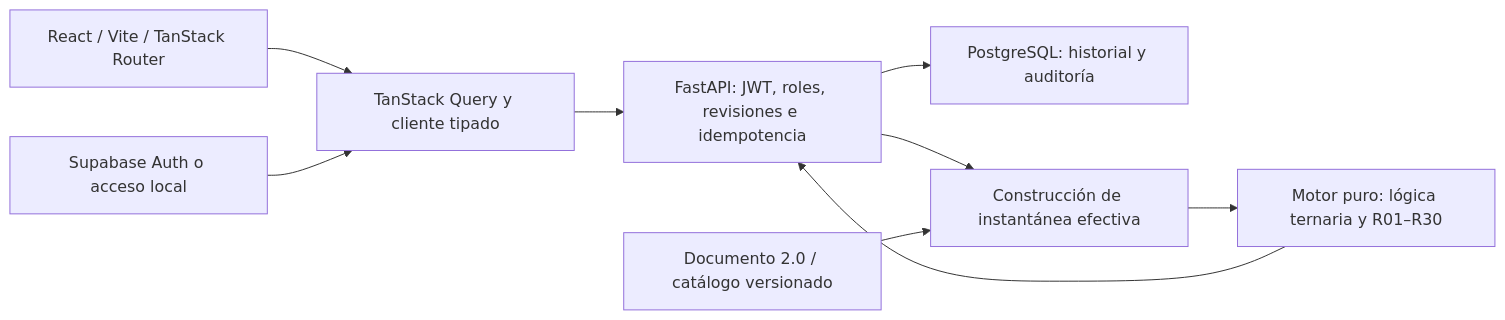
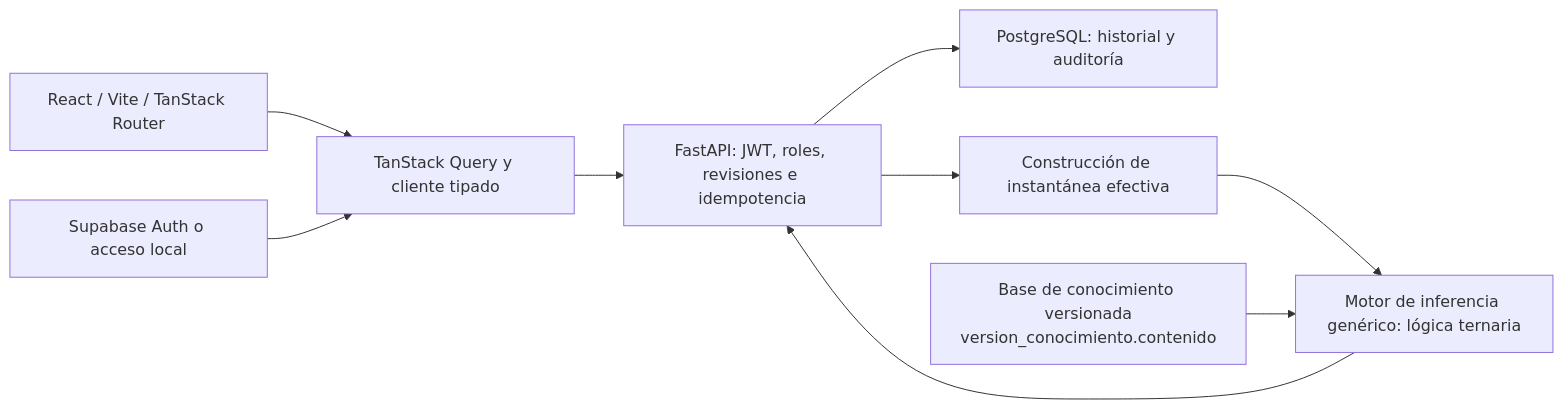
Before and after one commit to FASBELS/POSCOSEGRAN-SI: the diagram in docs/ARQUITECTURA.md, drawn with Mermaid. The commit also changed other lines of this file and 64 other files, not shown here.

````diff
--- a/docs/ARQUITECTURA.md
+++ b/docs/ARQUITECTURA.md
@@ -3,11 +7,11 @@
 ```mermaid
 flowchart LR
     U[React / Vite / TanStack Router] --> Q[TanStack Query y cliente tipado]
     Q --> A[FastAPI: JWT, roles, revisiones e idempotencia]
     S[Supabase Auth o acceso local] --> Q
     A --> P[PostgreSQL: historial y auditoría]
     A --> I[Construcción de instantánea efectiva]
-    I --> M[Motor puro: lógica ternaria y R01–R30]
+    I --> M[Motor de inferencia genérico: lógica ternaria]
     M --> A
-    K[Documento 2.0 / catálogo versionado] --> I
+    K[Base de conocimiento versionada<br/>version_conocimiento.contenido] --> M
 ```
````
